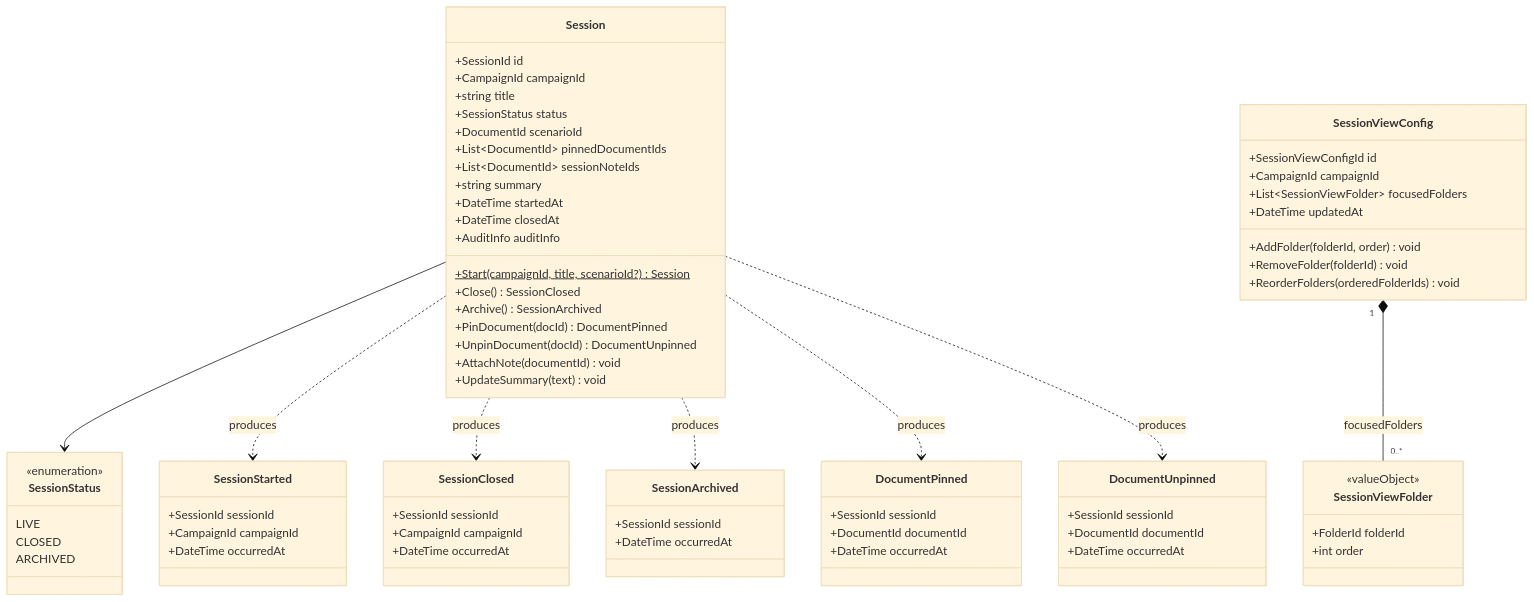
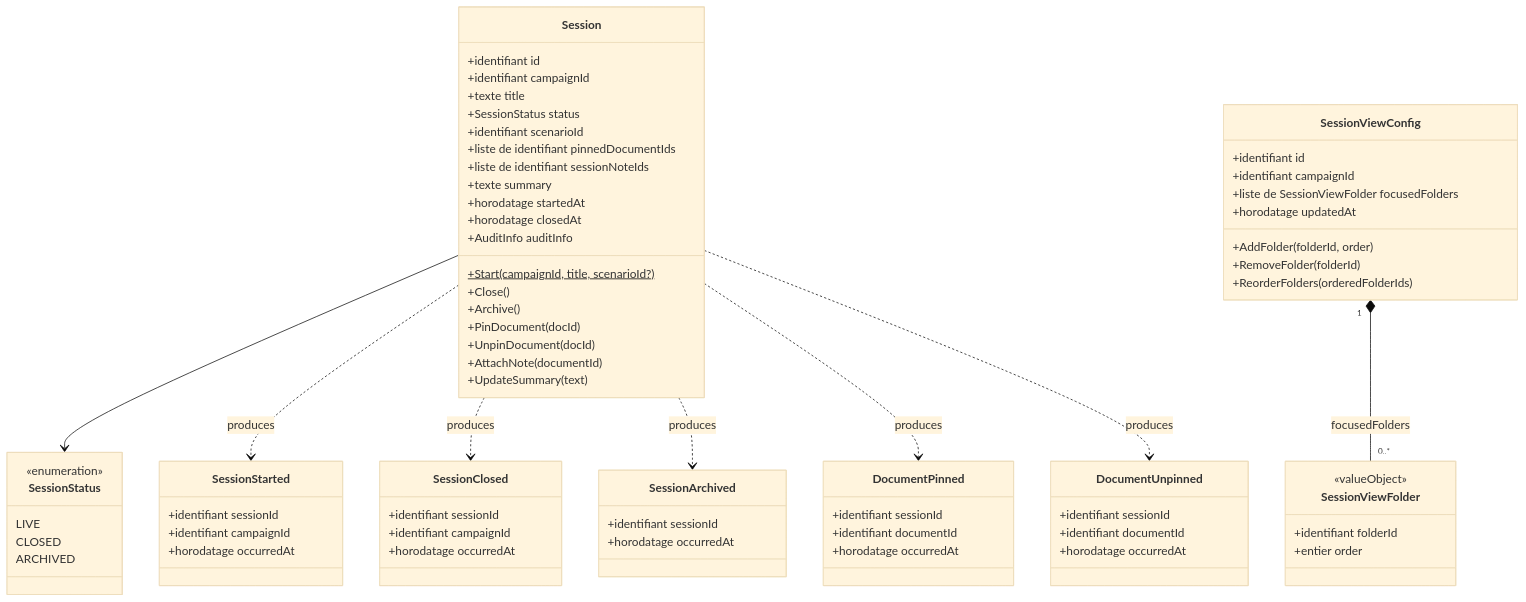
The diagram in docs/conception/domain/diagrams/classes/session-conduct.md (2025-10-CDA-ECO-P6/PM-micro-saas), drawn with Mermaid (base theme) before and after one commit. The commit also changed 107 other files, not shown here.

````diff
--- a/docs/conception/domain/diagrams/classes/session-conduct.md
+++ b/docs/conception/domain/diagrams/classes/session-conduct.md
@@ -3,40 +3,40 @@
 ```mermaid
 classDiagram
     class Session {
-        +SessionId id
-        +CampaignId campaignId
-        +string title
+        +identifiant id
+        +identifiant campaignId
+        +texte title
         +SessionStatus status
-        +DocumentId scenarioId
-        +List~DocumentId~ pinnedDocumentIds
-        +List~DocumentId~ sessionNoteIds
-        +string summary
-        +DateTime startedAt
-        +DateTime closedAt
+        +identifiant scenarioId
+        +liste de identifiant pinnedDocumentIds
+        +liste de identifiant sessionNoteIds
+        +texte summary
+        +horodatage startedAt
+        +horodatage closedAt
         +AuditInfo auditInfo
-        +Start(campaignId, title, scenarioId?)$ Session
-        +Close() SessionClosed
-        +Archive() SessionArchived
-        +PinDocument(docId) DocumentPinned
-        +UnpinDocument(docId) DocumentUnpinned
-        +AttachNote(documentId) void
-        +UpdateSummary(text) void
+        +Start(campaignId, title, scenarioId?)$
+        +Close()
+        +Archive()
+        +PinDocument(docId)
+        +UnpinDocument(docId)
+        +AttachNote(documentId)
+        +UpdateSummary(text)
     }
 
     class SessionViewConfig {
-        +SessionViewConfigId id
-        +CampaignId campaignId
-        +List~SessionViewFolder~ focusedFolders
-        +DateTime updatedAt
-        +AddFolder(folderId, order) void
-        +RemoveFolder(folderId) void
-        +ReorderFolders(orderedFolderIds) void
+        +identifiant id
+        +identifiant campaignId
+        +liste de SessionViewFolder focusedFolders
+        +horodatage updatedAt
+        +AddFolder(folderId, order)
+        +RemoveFolder(folderId)
+        +ReorderFolders(orderedFolderIds)
     }
 
     class SessionViewFolder {
         <<valueObject>>
-        +FolderId folderId
-        +int order
+        +identifiant folderId
+        +entier order
     }
 
     class SessionStatus {
@@ -47,32 +47,32 @@
     }
 
     class SessionStarted {
-        +SessionId sessionId
-        +CampaignId campaignId
-        +DateTime occurredAt
+        +identifiant sessionId
+        +identifiant campaignId
+        +horodatage occurredAt
     }
 
     class SessionClosed {
-        +SessionId sessionId
-        +CampaignId campaignId
-        +DateTime occurredAt
+        +identifiant sessionId
+        +identifiant campaignId
+        +horodatage occurredAt
     }
 
     class SessionArchived {
-        +SessionId sessionId
-        +DateTime occurredAt
+        +identifiant sessionId
+        +horodatage occurredAt
     }
 
     class DocumentPinned {
-        +SessionId sessionId
-        +DocumentId documentId
-        +DateTime occurredAt
+        +identifiant sessionId
+        +identifiant documentId
+        +horodatage occurredAt
     }
 
     class DocumentUnpinned {
-        +SessionId sessionId
-        +DocumentId documentId
-        +DateTime occurredAt
+        +identifiant sessionId
+        +identifiant documentId
+        +horodatage occurredAt
     }
 
     Session --> SessionStatus
````
